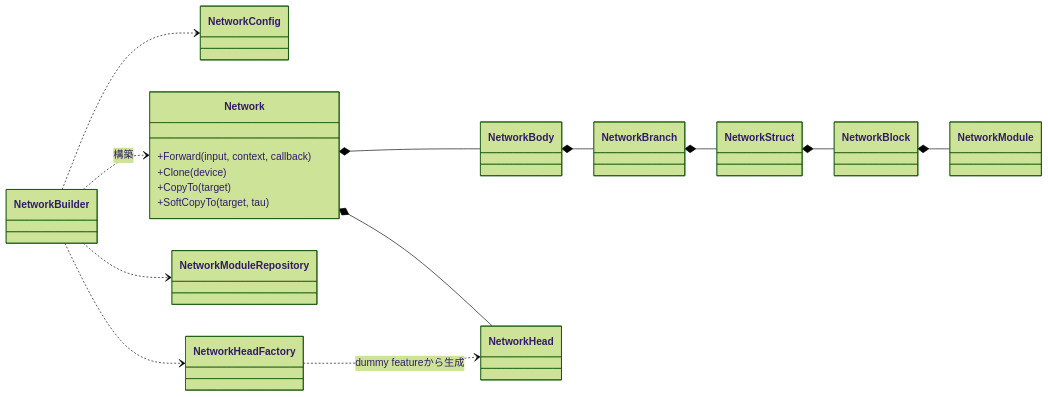
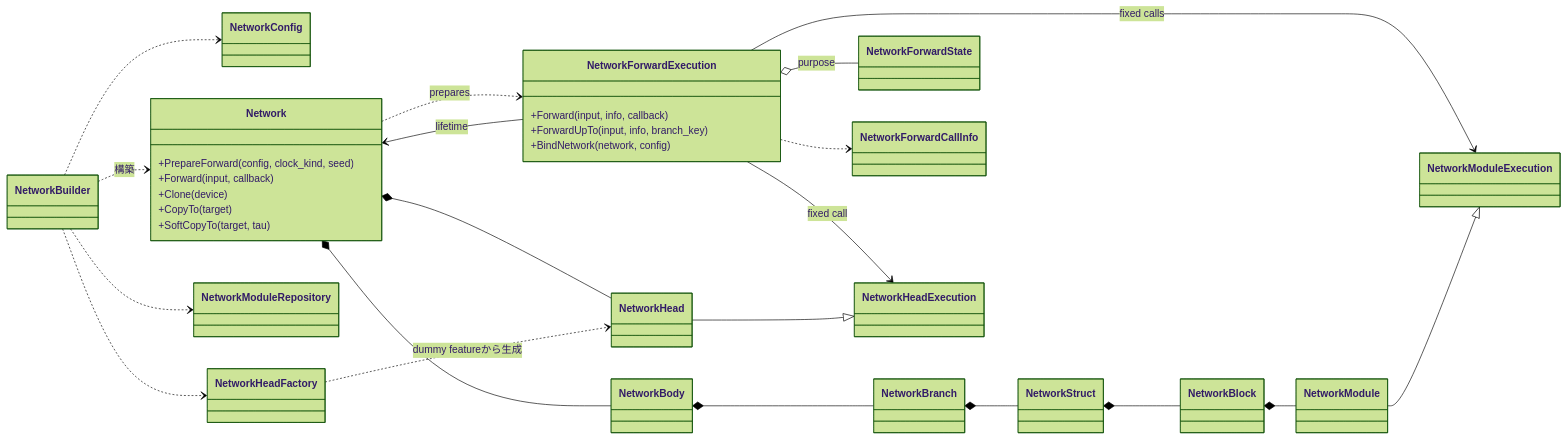
One commit to kazukin123/anet-lab changed the first of 4 diagrams in docs/design/130_neural_networks.en.md. Above: the diagram before and after it, drawn with Mermaid (forest theme). The commit also changed other lines of this file and 36 other files, not shown here.

````diff
--- a/docs/design/130_neural_networks.en.md
+++ b/docs/design/130_neural_networks.en.md
@@ -144,33 +143,51 @@
 ```mermaid
 classDiagram
 direction LR
 
 class NetworkBuilder
 class NetworkConfig
 class Network {
-  +Forward(input, context, callback)
+  +PrepareForward(config, clock_kind, seed)
+  +Forward(input, callback)
   +Clone(device)
   +CopyTo(target)
   +SoftCopyTo(target, tau)
 }
 class NetworkBody
 class NetworkBranch
 class NetworkStruct
 class NetworkBlock
 class NetworkModule
 class NetworkModuleRepository
 class NetworkHead
 class NetworkHeadFactory
+class NetworkForwardExecution {
+  +Forward(input, info, callback)
+  +ForwardUpTo(input, info, branch_key)
+  +BindNetwork(network, config)
+}
+class NetworkForwardState
+class NetworkForwardCallInfo
+class NetworkModuleExecution
+class NetworkHeadExecution
 
+NetworkForwardExecution --> Network : lifetime
+NetworkForwardExecution o-- NetworkForwardState : purpose
+NetworkForwardExecution ..> NetworkForwardCallInfo
+NetworkForwardExecution --> NetworkModuleExecution : fixed calls
+NetworkForwardExecution --> NetworkHeadExecution : fixed call
+NetworkModule --|> NetworkModuleExecution
+NetworkHead --|> NetworkHeadExecution
+Network ..> NetworkForwardExecution : prepares
 NetworkBuilder ..> NetworkConfig
 NetworkBuilder ..> NetworkModuleRepository
 NetworkBuilder ..> NetworkHeadFactory
 NetworkBuilder ..> Network : 構築
 Network *-- NetworkBody
 Network *-- NetworkHead
 NetworkBody *-- NetworkBranch
 NetworkBranch *-- NetworkStruct
 NetworkStruct *-- NetworkBlock
 NetworkBlock *-- NetworkModule
 NetworkHeadFactory ..> NetworkHead : dummy featureから生成
 ```
````
